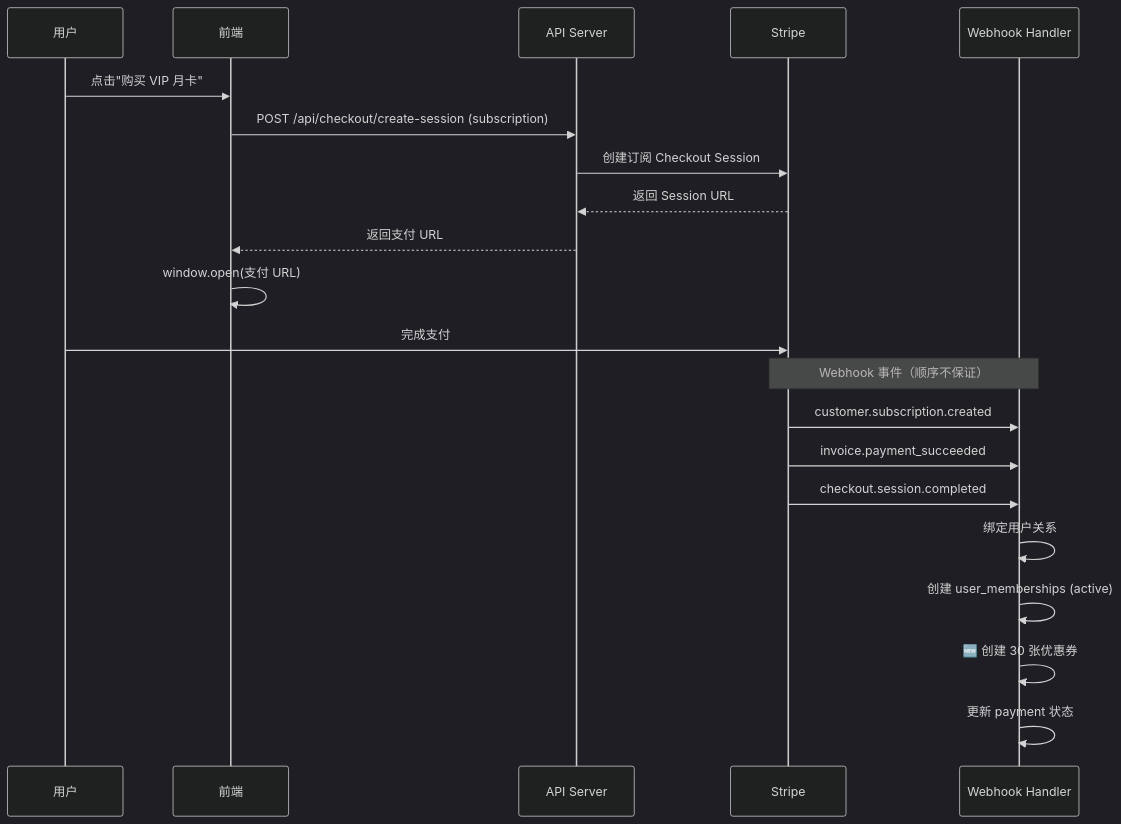
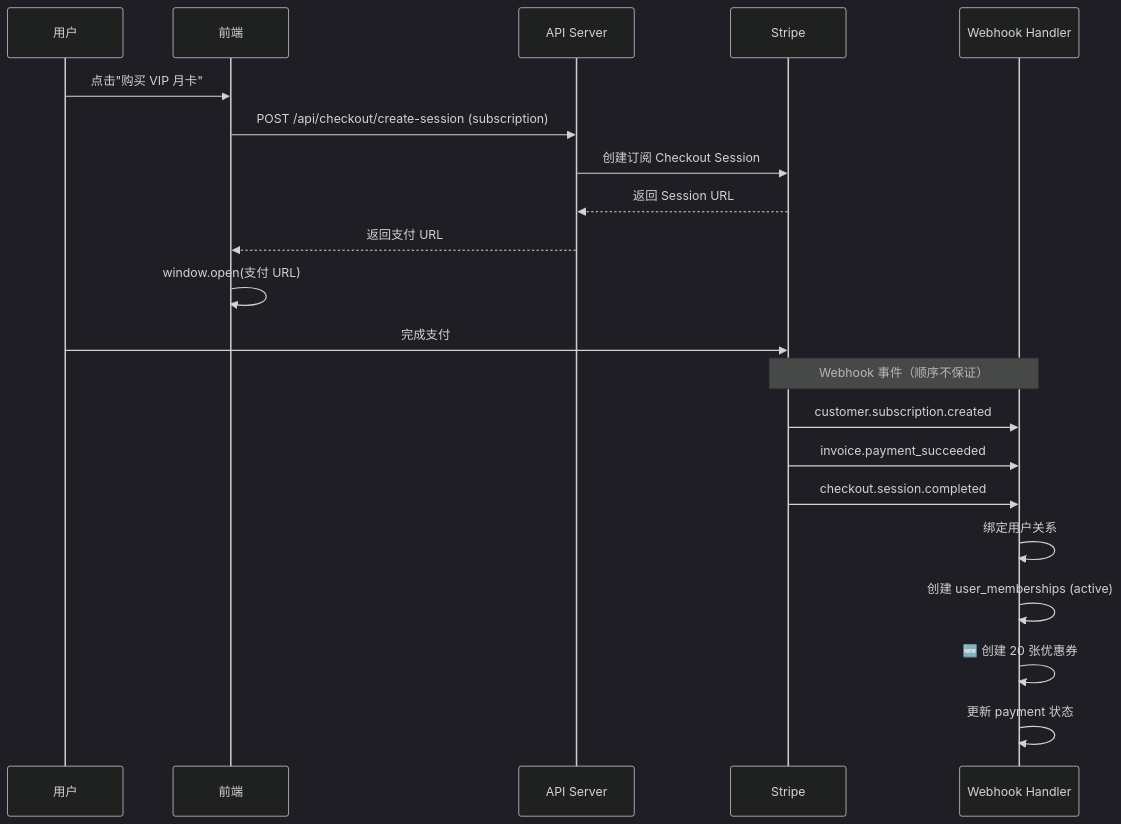
One commit to Lupeiwen0/depot-web changed the first of 6 diagrams in dev-doc/dev-2-stripe-payment.md. Above: the diagram before and after it, drawn with Mermaid (dark theme). The commit also changed other lines of this file and 78 other files, not shown here.

````diff
--- a/dev-doc/dev-2-stripe-payment.md
+++ b/dev-doc/dev-2-stripe-payment.md
@@ -929,27 +929,27 @@
 ```mermaid
 sequenceDiagram
     participant U as 用户
     participant F as 前端
     participant API as API Server
     participant S as Stripe
     participant W as Webhook Handler
 
     U->>F: 点击"购买 VIP 月卡"
     F->>API: POST /api/checkout/create-session (subscription)
     API->>S: 创建订阅 Checkout Session
     S-->>API: 返回 Session URL
     API-->>F: 返回支付 URL
     F->>F: window.open(支付 URL)
     U->>S: 完成支付
 
     Note over S,W: Webhook 事件（顺序不保证）
 
     S->>W: customer.subscription.created
     S->>W: invoice.payment_succeeded
     S->>W: checkout.session.completed
 
     W->>W: 绑定用户关系
     W->>W: 创建 user_memberships (active)
-    W->>W: 🆕 创建 30 张优惠券
+    W->>W: 🆕 创建 20 张优惠券
     W->>W: 更新 payment 状态
 ```
````
